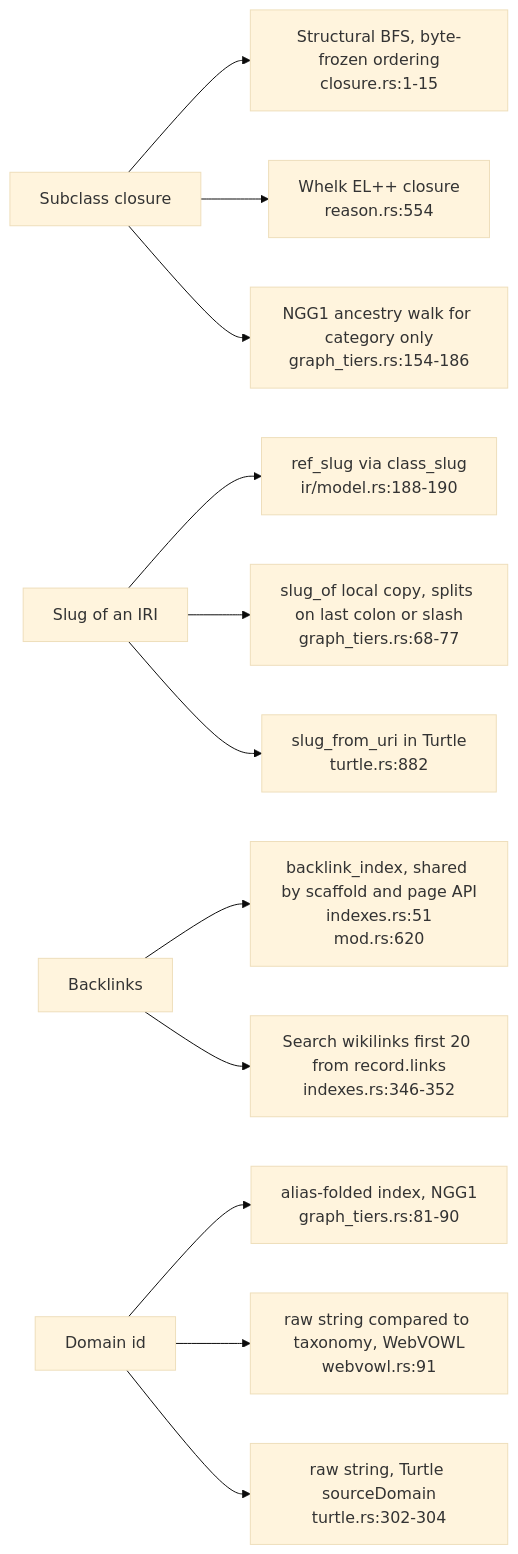
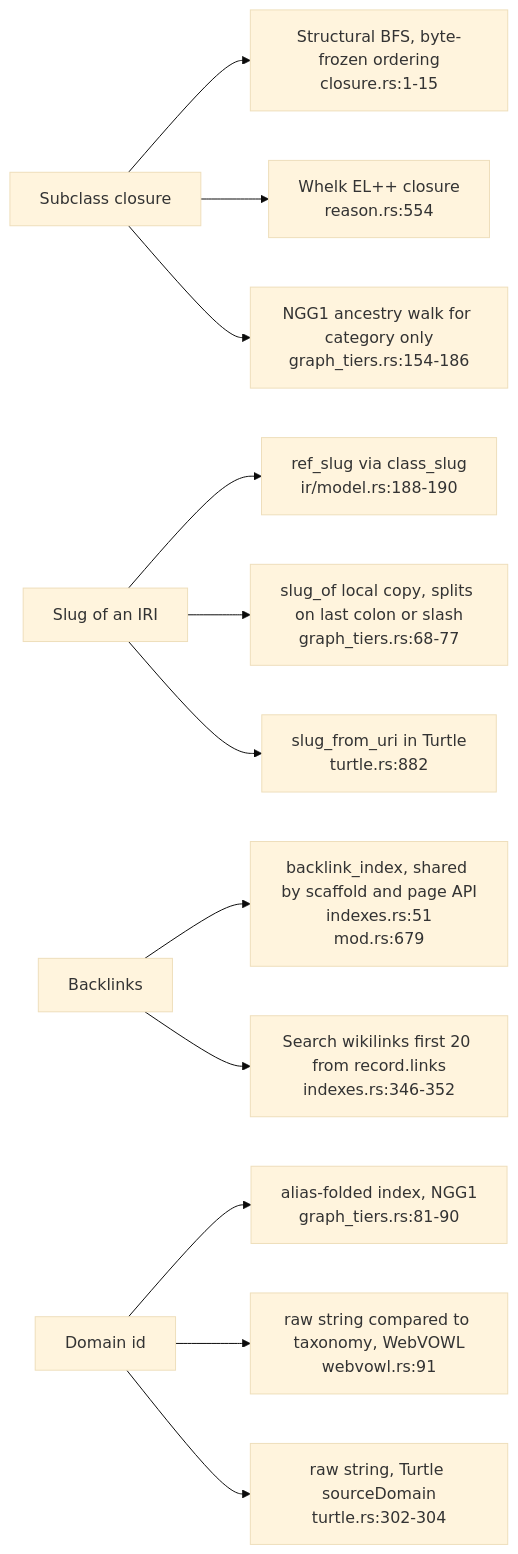
Before and after one commit to DreamLab-AI/VisionFlow: the seventh of 7 diagrams in docs/diagrams/ontomark/04-emitters-turtle-indexes-tiers-and-contract-c3.md, drawn with Mermaid (base theme). The commit also changed other lines of this file and 160 other files, not shown here.

````diff
--- a/docs/diagrams/ontomark/04-emitters-turtle-indexes-tiers-and-contract-c3.md
+++ b/docs/diagrams/ontomark/04-emitters-turtle-indexes-tiers-and-contract-c3.md
@@ -227,22 +235,22 @@
 ```mermaid
 flowchart LR
     SUBC["Subclass closure"]
     SUBC1["Structural BFS, byte-frozen ordering<br/>closure.rs:1-15"]
     SUBC2["Whelk EL++ closure<br/>reason.rs:554"]
     SUBC3["NGG1 ancestry walk for category only<br/>graph_tiers.rs:154-186"]
     SLUG["Slug of an IRI"]
     SLUG1["ref_slug via class_slug<br/>ir/model.rs:188-190"]
     SLUG2["slug_of local copy, splits on last colon or slash<br/>graph_tiers.rs:68-77"]
     SLUG3["slug_from_uri in Turtle<br/>turtle.rs:882"]
     BLK["Backlinks"]
-    BLK1["backlink_index, shared by scaffold and page API<br/>indexes.rs:51<br/>mod.rs:620"]
+    BLK1["backlink_index, shared by scaffold and page API<br/>indexes.rs:51<br/>mod.rs:679"]
     BLK2["Search wikilinks first 20 from record.links<br/>indexes.rs:346-352"]
     DOMN["Domain id"]
     DOMN1["alias-folded index, NGG1<br/>graph_tiers.rs:81-90"]
     DOMN2["raw string compared to taxonomy, WebVOWL<br/>webvowl.rs:91"]
     DOMN3["raw string, Turtle sourceDomain<br/>turtle.rs:302-304"]
     SUBC --> SUBC1 & SUBC2 & SUBC3
     SLUG --> SLUG1 & SLUG2 & SLUG3
     BLK --> BLK1 & BLK2
     DOMN --> DOMN1 & DOMN2 & DOMN3
 ```
````
